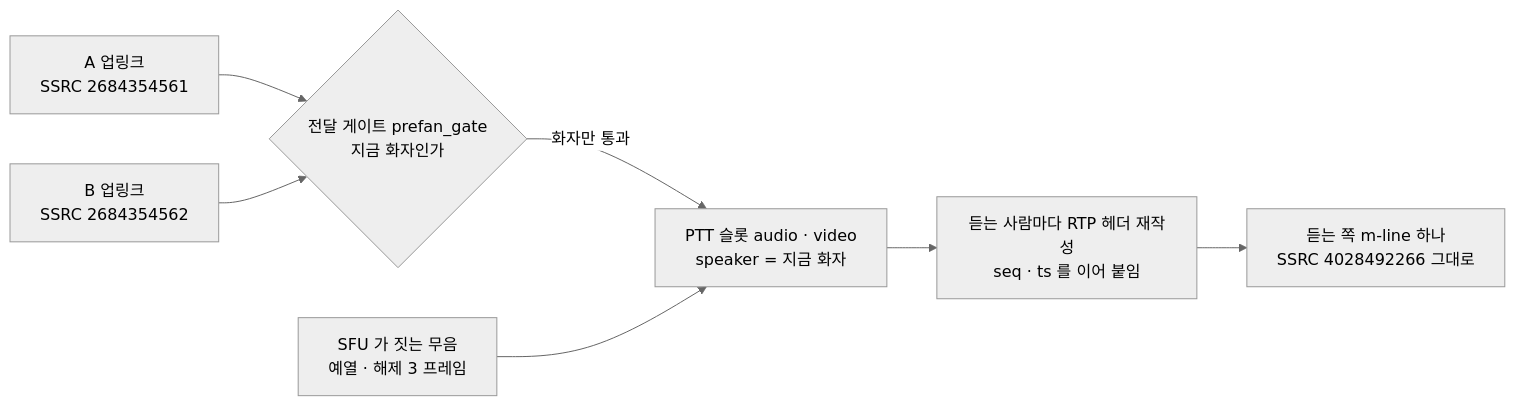
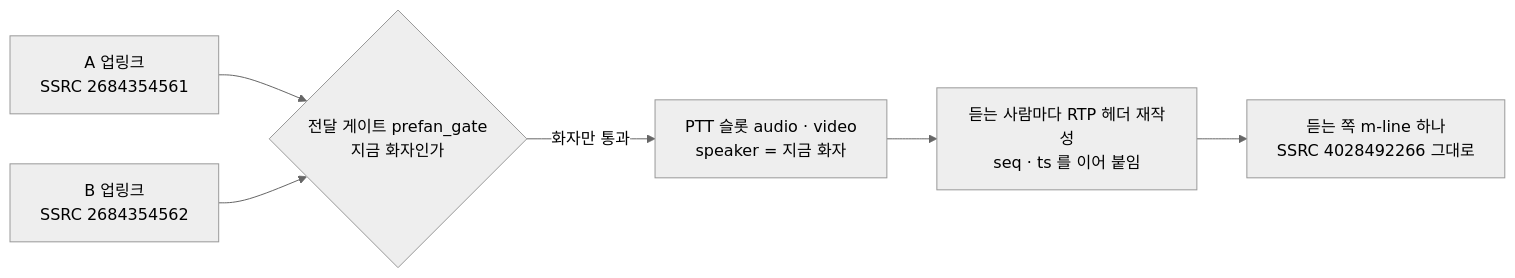
Before and after one commit to kodeholic9/oxlens-sfu: the first of 4 diagrams in docs/learn/08_SLOT_SPEAKER.md, drawn with Mermaid (neutral theme). The commit also changed other lines of this file and 37 other files, not shown here.

````diff
--- a/docs/learn/08_SLOT_SPEAKER.md
+++ b/docs/learn/08_SLOT_SPEAKER.md
@@ -9,9 +9,8 @@
 ```mermaid
 flowchart LR
   A["A 업링크<br/>SSRC 2684354561"] --> G{"전달 게이트 prefan_gate<br/>지금 화자인가"}
   B["B 업링크<br/>SSRC 2684354562"] --> G
   G -- "화자만 통과" --> SLOT["PTT 슬롯 audio · video<br/>speaker = 지금 화자"]
-  SRV["SFU 가 짓는 무음<br/>예열 · 해제 3 프레임"] --> SLOT
   SLOT --> RW["듣는 사람마다 RTP 헤더 재작성<br/>seq · ts 를 이어 붙임"]
   RW --> L["듣는 쪽 m-line 하나<br/>SSRC 4028492266 그대로"]
 ```
````
